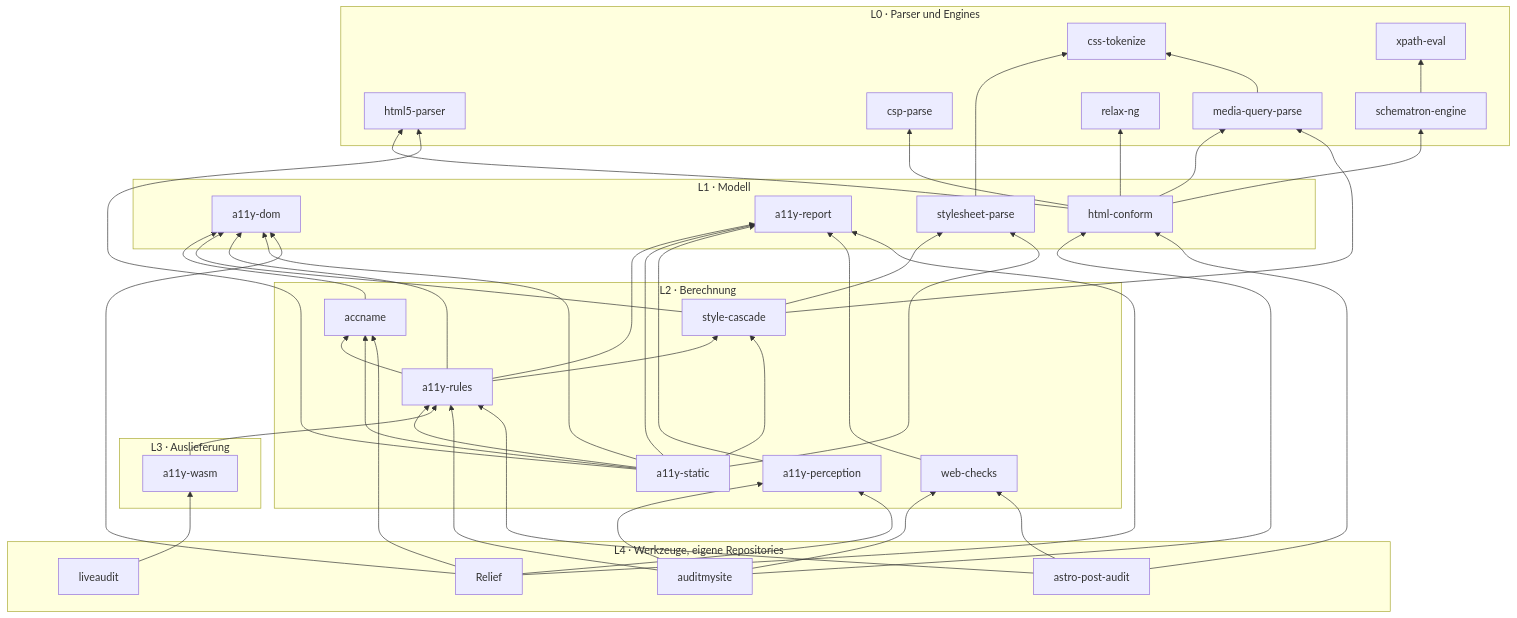
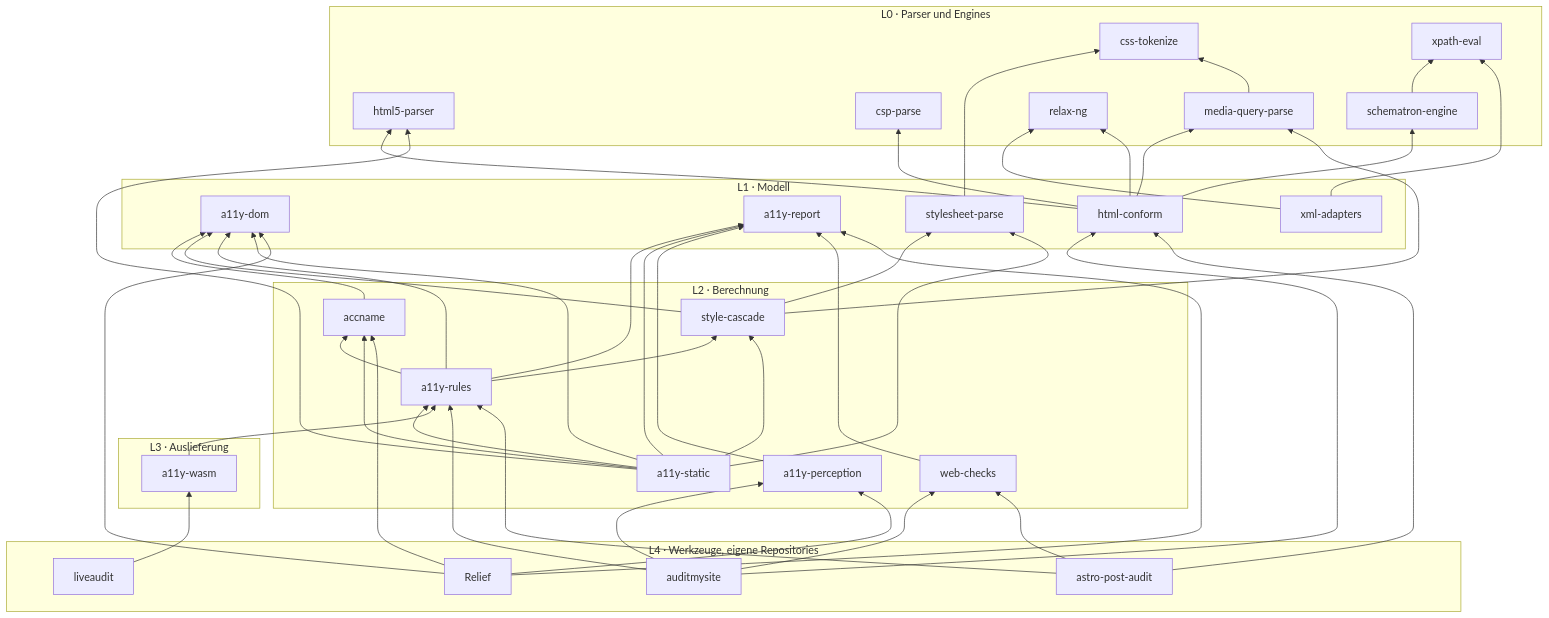
Before and after one commit to casoon/barrierlab: the diagram in docs/architecture.md, drawn with Mermaid. The commit also changed other lines of this file and 17 other files, not shown here.

First line of the commit message:
feat(xml-adapters): roxmltree adapters for relax-ng, xpath-eval and schematron-engine

````diff
--- a/docs/architecture.md
+++ b/docs/architecture.md
@@ -16,51 +16,53 @@
 ```mermaid
 flowchart BT
   subgraph L0["L0 · Parser und Engines"]
     h5[html5-parser]
     csp[csp-parse]
     tok[css-tokenize]
     mq[media-query-parse]
     xp[xpath-eval]
     rng[relax-ng]
     sch[schematron-engine]
   end
   subgraph L1["L1 · Modell"]
     dom[a11y-dom]
     rep[a11y-report]
     hc[html-conform]
     cssp[stylesheet-parse]
+    xa[xml-adapters]
   end
   subgraph L2["L2 · Berechnung"]
     acc[accname]
     cas[style-cascade]
     rules[a11y-rules]
     stat[a11y-static]
     perc[a11y-perception]
     wc[web-checks]
   end
   subgraph L3["L3 · Auslieferung"]
     wasm[a11y-wasm]
   end
   subgraph L4["L4 · Werkzeuge, eigene Repositories"]
     ams[auditmysite]
     apa[astro-post-audit]
     la[liveaudit]
     rl[Relief]
   end
 
   sch --> xp
+  xa --> rng & xp
   hc --> h5 & csp & mq & rng & sch
   cssp --> tok
   mq --> tok
   acc --> dom
   cas --> dom & cssp & mq
   rules --> dom & rep & acc & cas
   stat --> h5 & dom & rep & rules & acc & cas & cssp
   perc --> rep
   wc --> rep
   wasm --> rules
   ams --> rules & hc & perc & wc
   apa --> rules & hc & wc
   la --> wasm
   rl --> perc & acc & dom & rep
 ```
````
